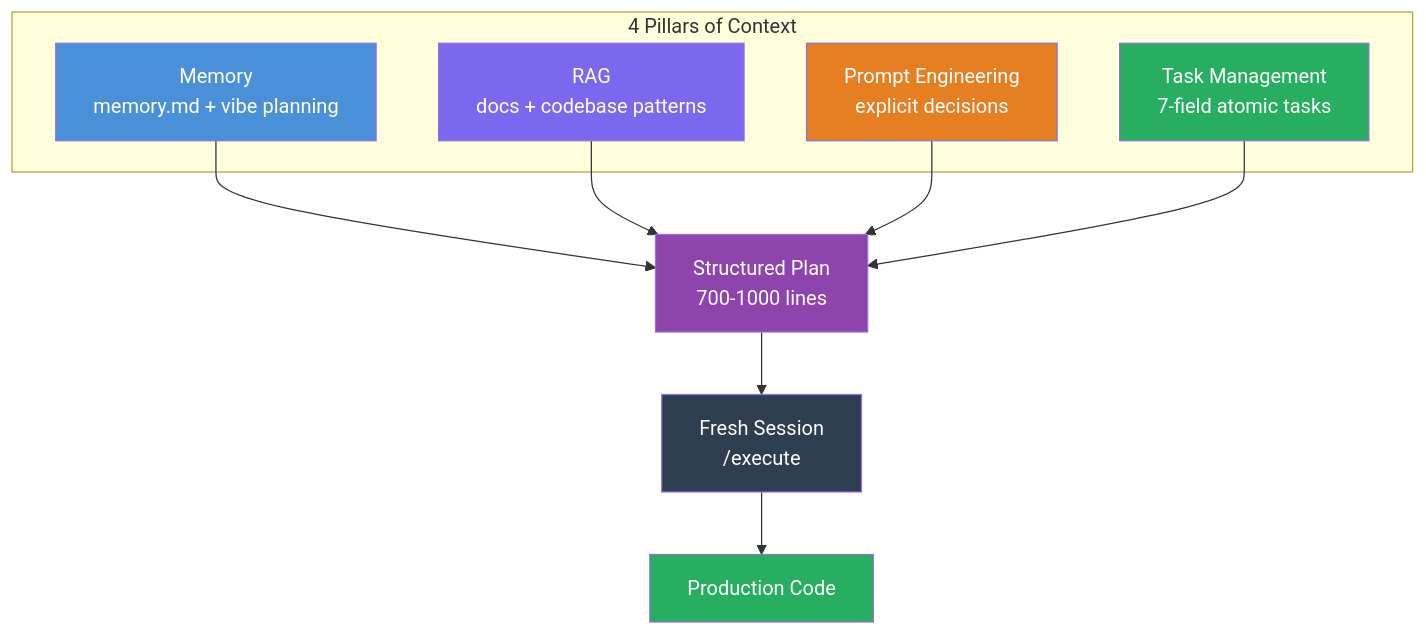
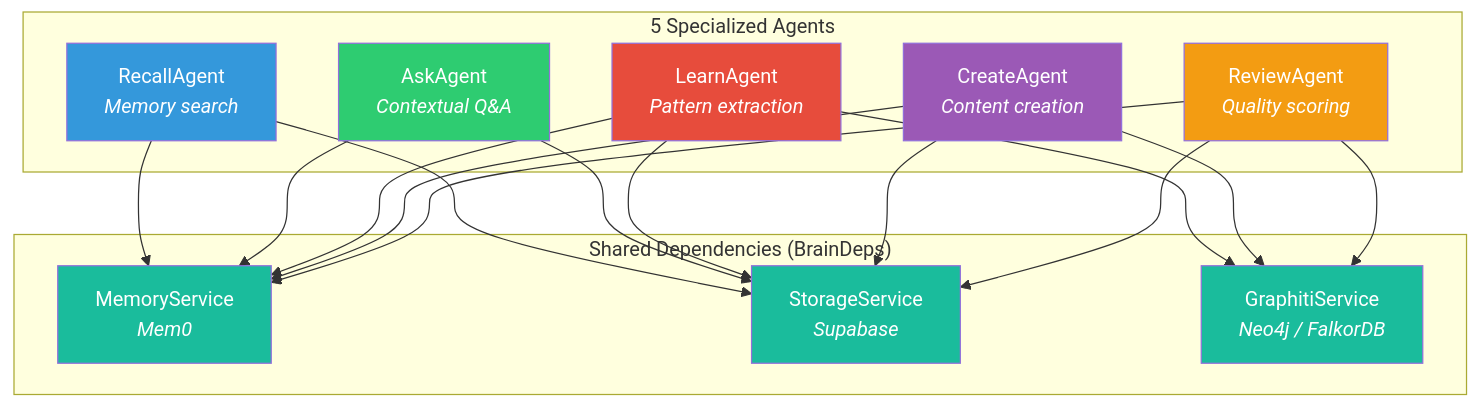
One commit to ryanjosebrosas/second-brain-ultimatum changed the second of 8 diagrams in README.md. Above: the diagram before and after it, drawn with Mermaid. The commit also changed other lines of this file, not shown here.

First line of the commit message:
docs: rewrite README for Second Brain copywriter agent

````diff
--- a/README.md
+++ b/README.md
@@ -87,23 +51,39 @@
 ```mermaid
 graph TD
-    subgraph "4 Pillars of Context"
-        MEM["Memory<br/>memory.md + vibe planning"]
-        RAG["RAG<br/>docs + codebase patterns"]
-        PE["Prompt Engineering<br/>explicit decisions"]
-        TM["Task Management<br/>7-field atomic tasks"]
+    subgraph "5 Specialized Agents"
+        RECALL["RecallAgent<br/><i>Memory search</i>"]
+        ASK["AskAgent<br/><i>Contextual Q&A</i>"]
+        LEARN["LearnAgent<br/><i>Pattern extraction</i>"]
+        CREATE["CreateAgent<br/><i>Content creation</i>"]
+        REVIEW["ReviewAgent<br/><i>Quality scoring</i>"]
     end
-    MEM --> PLAN["Structured Plan<br/>700-1000 lines"]
-    RAG --> PLAN
-    PE --> PLAN
-    TM --> PLAN
-    PLAN --> EXEC["Fresh Session<br/>/execute"]
-    EXEC --> CODE["Production Code"]
 
-    style MEM fill:#4a90d9,color:#fff
-    style RAG fill:#7b68ee,color:#fff
-    style PE fill:#e67e22,color:#fff
-    style TM fill:#27ae60,color:#fff
-    style PLAN fill:#8e44ad,color:#fff
-    style EXEC fill:#2c3e50,color:#fff
-    style CODE fill:#27ae60,color:#fff
+    subgraph "Shared Dependencies (BrainDeps)"
+        MS["MemoryService<br/><i>Mem0</i>"]
+        SS["StorageService<br/><i>Supabase</i>"]
+        GS["GraphitiService<br/><i>Neo4j / FalkorDB</i>"]
+    end
+
+    RECALL --> MS
+    RECALL --> SS
+    ASK --> MS
+    ASK --> SS
+    LEARN --> MS
+    LEARN --> SS
+    LEARN --> GS
+    CREATE --> MS
+    CREATE --> SS
+    CREATE --> GS
+    REVIEW --> MS
+    REVIEW --> SS
+    REVIEW --> GS
+
+    style RECALL fill:#3498db,color:#fff
+    style ASK fill:#2ecc71,color:#fff
+    style LEARN fill:#e74c3c,color:#fff
+    style CREATE fill:#9b59b6,color:#fff
+    style REVIEW fill:#f39c12,color:#fff
+    style MS fill:#1abc9c,color:#fff
+    style SS fill:#1abc9c,color:#fff
+    style GS fill:#1abc9c,color:#fff
 ```
````
